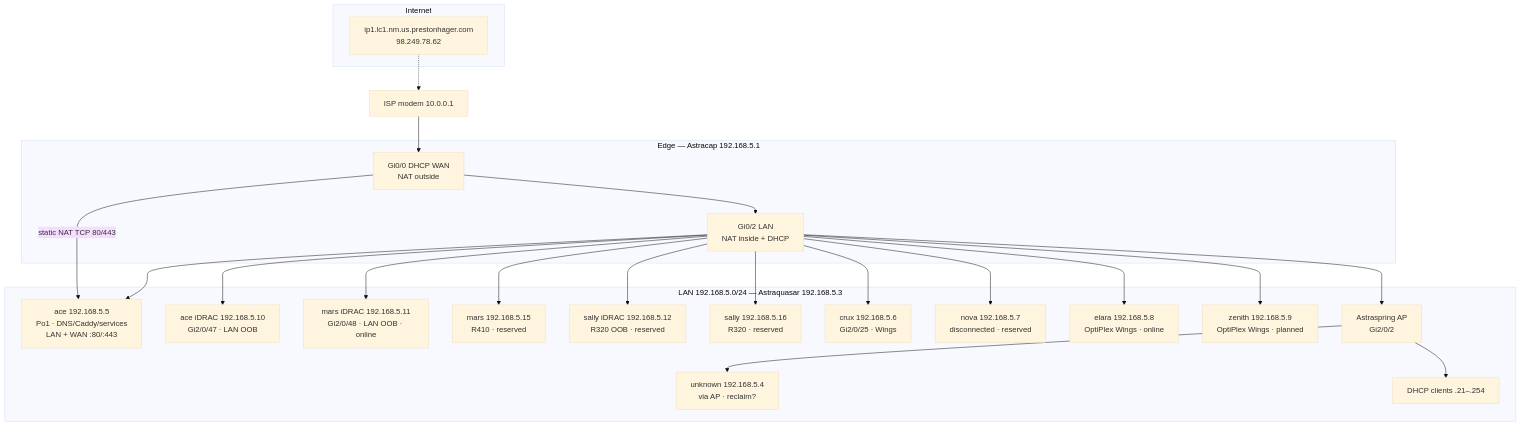
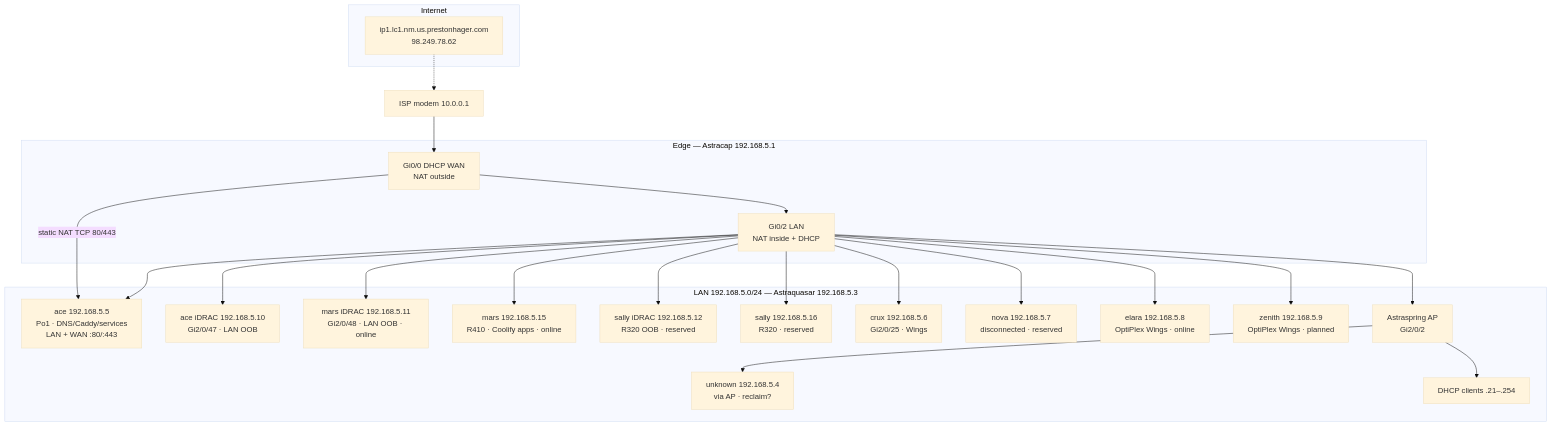
One commit to PrestonHager/nixos-configs changed the first of 3 diagrams in docs/network-topology.md. Above: the diagram before and after it, drawn with Mermaid (base theme). The commit also changed other lines of this file and 7 other files, not shown here.

Commit message:
docs: Coolify on mars only, edge routing, SMTP, pterofwd privilege

````diff
--- a/docs/network-topology.md
+++ b/docs/network-topology.md
@@ -66,47 +66,47 @@
 ```mermaid
 flowchart TB
   subgraph WAN["Internet"]
     Pub["ip1.lc1.nm.us.prestonhager.com<br/>98.249.78.62"]
   end
 
   subgraph Edge["Edge — Astracap 192.168.5.1"]
     Gi0["Gi0/0 DHCP WAN<br/>NAT outside"]
     Gi2["Gi0/2 LAN<br/>NAT inside + DHCP"]
   end
 
   subgraph LAN["LAN 192.168.5.0/24 — Astraquasar 192.168.5.3"]
     Ace["ace 192.168.5.5<br/>Po1 · DNS/Caddy/services<br/>LAN + WAN :80/:443"]
     AceId["ace iDRAC 192.168.5.10<br/>Gi2/0/47 · LAN OOB"]
     MarsId["mars iDRAC 192.168.5.11<br/>Gi2/0/48 · LAN OOB · online"]
-    Mars["mars 192.168.5.15<br/>R410 · reserved"]
+    Mars["mars 192.168.5.15<br/>R410 · Coolify apps · online"]
     SallyId["sally iDRAC 192.168.5.12<br/>R320 OOB · reserved"]
     Sally["sally 192.168.5.16<br/>R320 · reserved"]
     Crux["crux 192.168.5.6<br/>Gi2/0/25 · Wings"]
     Nova["nova 192.168.5.7<br/>disconnected · reserved"]
     Elara["elara 192.168.5.8<br/>OptiPlex Wings · online"]
     Zenith["zenith 192.168.5.9<br/>OptiPlex Wings · planned"]
     AP["Astraspring AP<br/>Gi2/0/2"]
     Unk["unknown 192.168.5.4<br/>via AP · reclaim?"]
     WS["DHCP clients .21–.254"]
   end
 
   Modem["ISP modem 10.0.0.1"]
 
   Pub -.-> Modem
   Modem --> Gi0
   Gi0 --> Gi2
   Gi2 --> Ace
   Gi2 --> AceId
   Gi2 --> MarsId
   Gi2 --> Mars
   Gi2 --> SallyId
   Gi2 --> Sally
   Gi2 --> Crux
   Gi2 --> Nova
   Gi2 --> Elara
   Gi2 --> Zenith
   Gi2 --> AP
   AP --> Unk
   AP --> WS
   Gi0 -->|"static NAT TCP 80/443"| Ace
 ```
````
